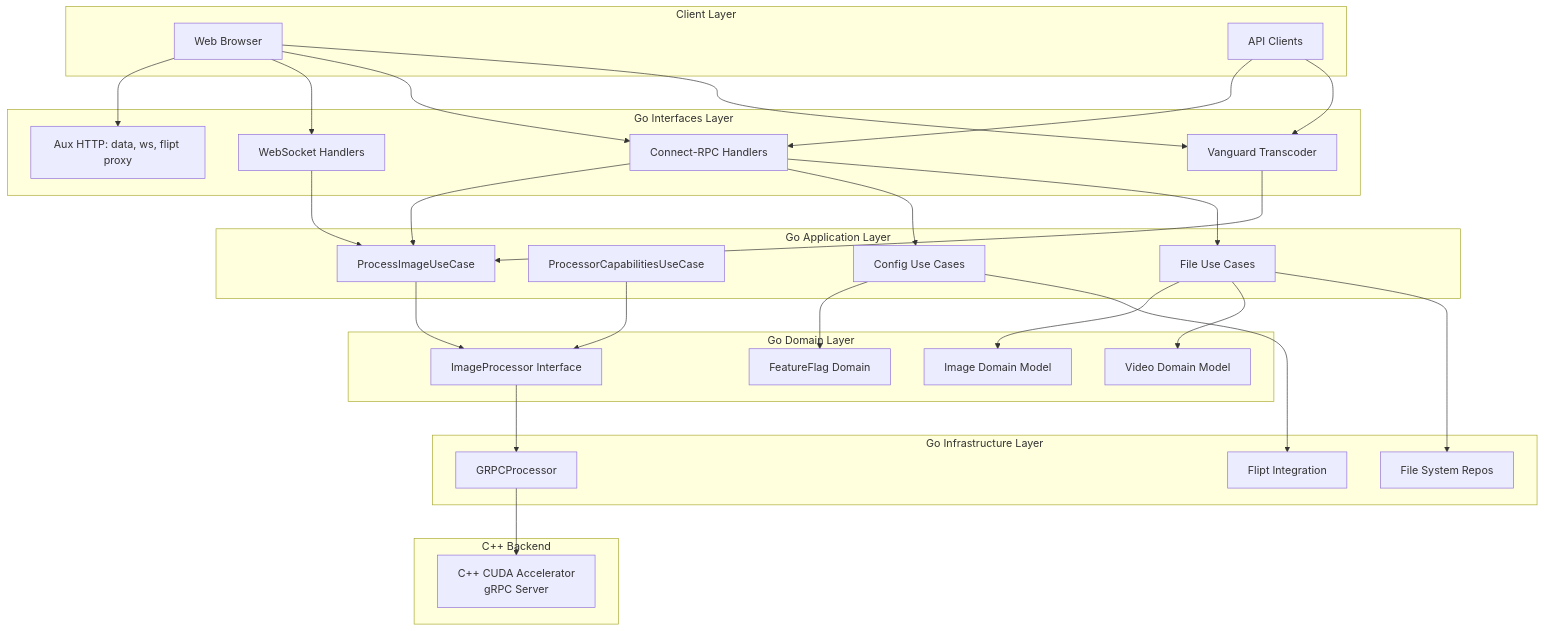
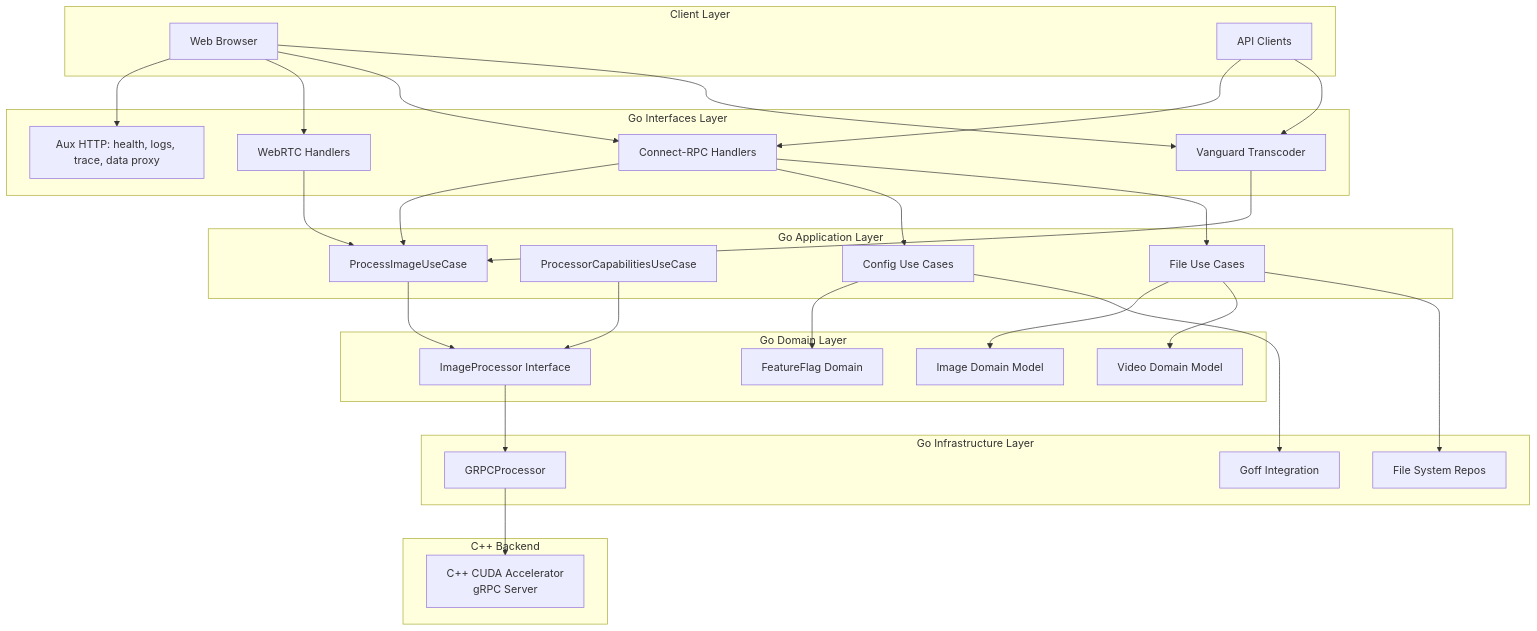
Before and after one commit to josnelihurt/learning-cuda: the first of 11 diagrams in src/go_api/README.md, drawn with Mermaid. The commit also changed other lines of this file and 90 other files, not shown here.

First line of the commit message:
feat(webrtc): implement WebRTC signaling and remove WebSocket references

````diff
--- a/src/go_api/README.md
+++ b/src/go_api/README.md
@@ -77,63 +77,63 @@
 ```mermaid
 graph TB
     subgraph "Client Layer"
         Browser[Web Browser]
         API[API Clients]
     end
     
     subgraph "Go Interfaces Layer"
         ConnectRPC[Connect-RPC Handlers]
-        WebSocket[WebSocket Handlers]
-        AuxHTTP[Aux HTTP: data, ws, flipt proxy]
+        WebRTC[WebRTC Handlers]
+        AuxHTTP[Aux HTTP: health, logs, trace, data proxy]
         Vanguard[Vanguard Transcoder]
     end
     
     subgraph "Go Application Layer"
         ProcessImageUC[ProcessImageUseCase]
         CapabilitiesUC[ProcessorCapabilitiesUseCase]
         ConfigUC[Config Use Cases]
         FileUC[File Use Cases]
     end
     
     subgraph "Go Domain Layer"
         ImageProcessor[ImageProcessor Interface]
         Image[Image Domain Model]
         Video[Video Domain Model]
         FeatureFlag[FeatureFlag Domain]
     end
     
     subgraph "Go Infrastructure Layer"
         GRPCProcessor[GRPCProcessor]
-        FeatureFlags[Flipt Integration]
+        FeatureFlags[Goff Integration]
         FileSystem[File System Repos]
     end
     
     subgraph "C++ Backend"
         CppBackend[C++ CUDA Accelerator<br/>gRPC Server]
     end
     
     Browser --> AuxHTTP
-    Browser --> WebSocket
+    Browser --> WebRTC
     Browser --> ConnectRPC
     Browser --> Vanguard
     API --> ConnectRPC
     API --> Vanguard
     
     ConnectRPC --> ProcessImageUC
     ConnectRPC --> ConfigUC
     ConnectRPC --> FileUC
-    WebSocket --> ProcessImageUC
+    WebRTC --> ProcessImageUC
     Vanguard --> ProcessImageUC
     
     ProcessImageUC --> ImageProcessor
     CapabilitiesUC --> ImageProcessor
     ConfigUC --> FeatureFlag
     FileUC --> Image
     FileUC --> Video
     
     ImageProcessor --> GRPCProcessor
     GRPCProcessor --> CppBackend
     
     ConfigUC --> FeatureFlags
     FileUC --> FileSystem
 ```
````
